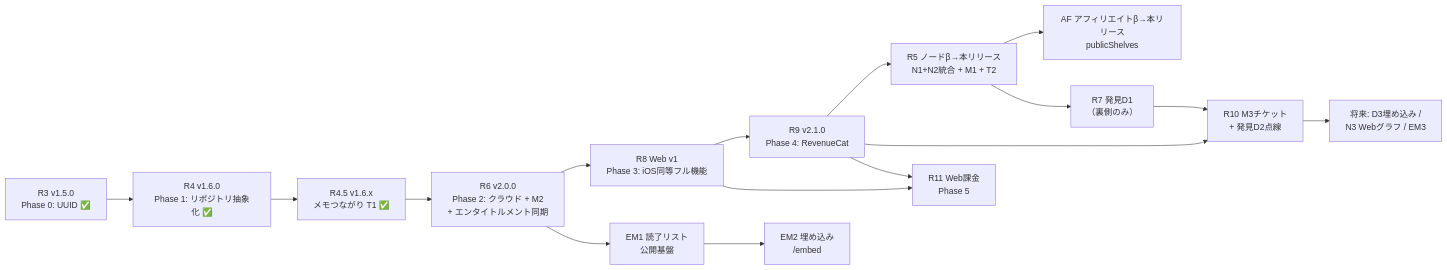
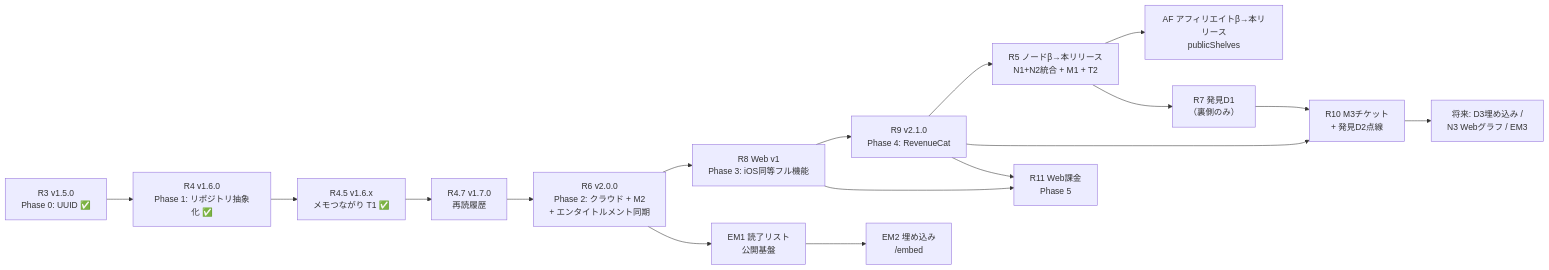
The diagram in docs/implementation-roadmap.md (minayamahata/bookbank-100days-log), drawn with Mermaid before and after one commit. The commit also changed other lines of this file and 46 other files, not shown here.

````diff
--- a/docs/implementation-roadmap.md
+++ b/docs/implementation-roadmap.md
@@ -26,17 +26,18 @@
 ```mermaid
 flowchart LR
     R3[R3 v1.5.0<br/>Phase 0: UUID ✅] --> R4[R4 v1.6.0<br/>Phase 1: リポジトリ抽象化 ✅]
     R4 --> R45[R4.5 v1.6.x<br/>メモつながり T1 ✅]
-    R45 --> R6[R6 v2.0.0<br/>Phase 2: クラウド + M2<br/>+ エンタイトルメント同期]
+    R45 --> R47[R4.7 v1.7.0<br/>再読履歴]
+    R47 --> R6[R6 v2.0.0<br/>Phase 2: クラウド + M2<br/>+ エンタイトルメント同期]
     R6 --> R8[R8 Web v1<br/>Phase 3: iOS同等フル機能]
     R8 --> R9[R9 v2.1.0<br/>Phase 4: RevenueCat]
     R9 --> R5[R5 ノードβ→本リリース<br/>N1+N2統合 + M1 + T2]
     R5 --> AF[AF アフィリエイトβ→本リリース<br/>publicShelves]
     R5 --> R7[R7 発見D1<br/>（裏側のみ）]
     R7 --> R10[R10 M3チケット<br/>+ 発見D2点線]
     R9 --> R10
     R6 --> EM1[EM1 読了リスト<br/>公開基盤] --> EM2[EM2 埋め込み<br/>/embed]
     R8 --> R11[R11 Web課金<br/>Phase 5]
     R9 --> R11
     R10 --> F[将来: D3埋め込み /<br/>N3 Webグラフ / EM3]
 ```
````
